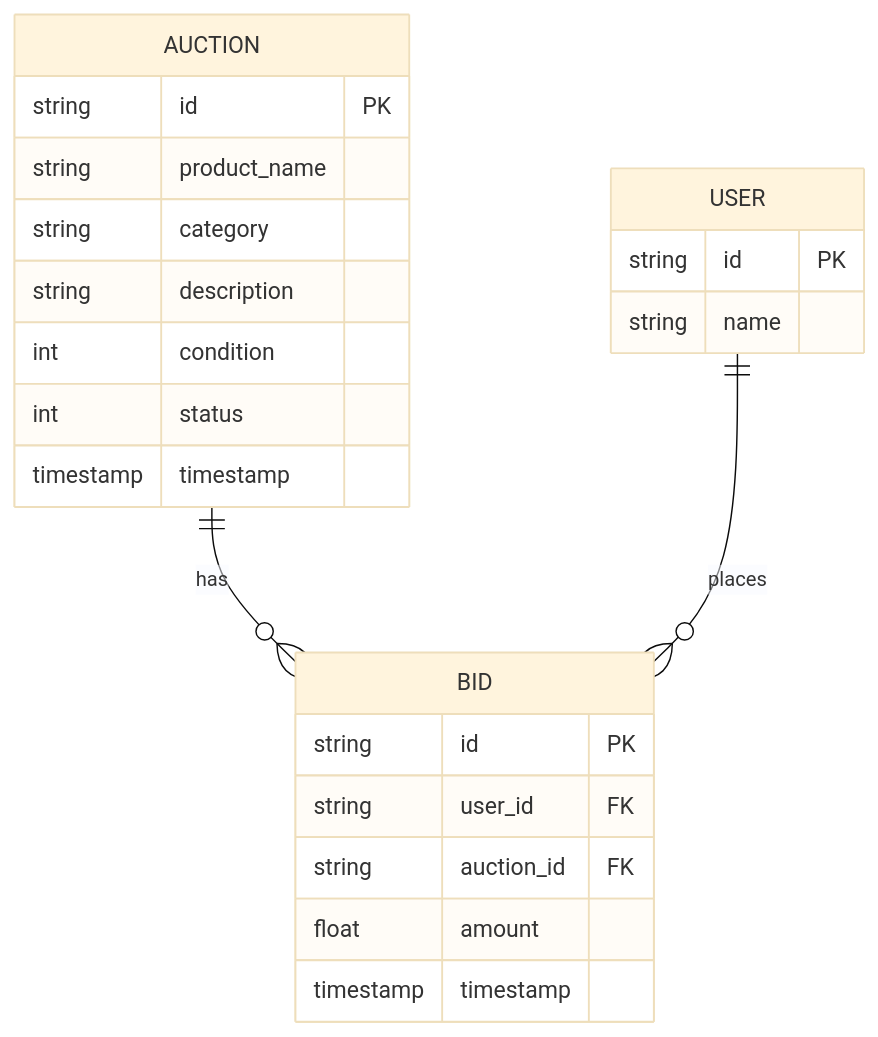
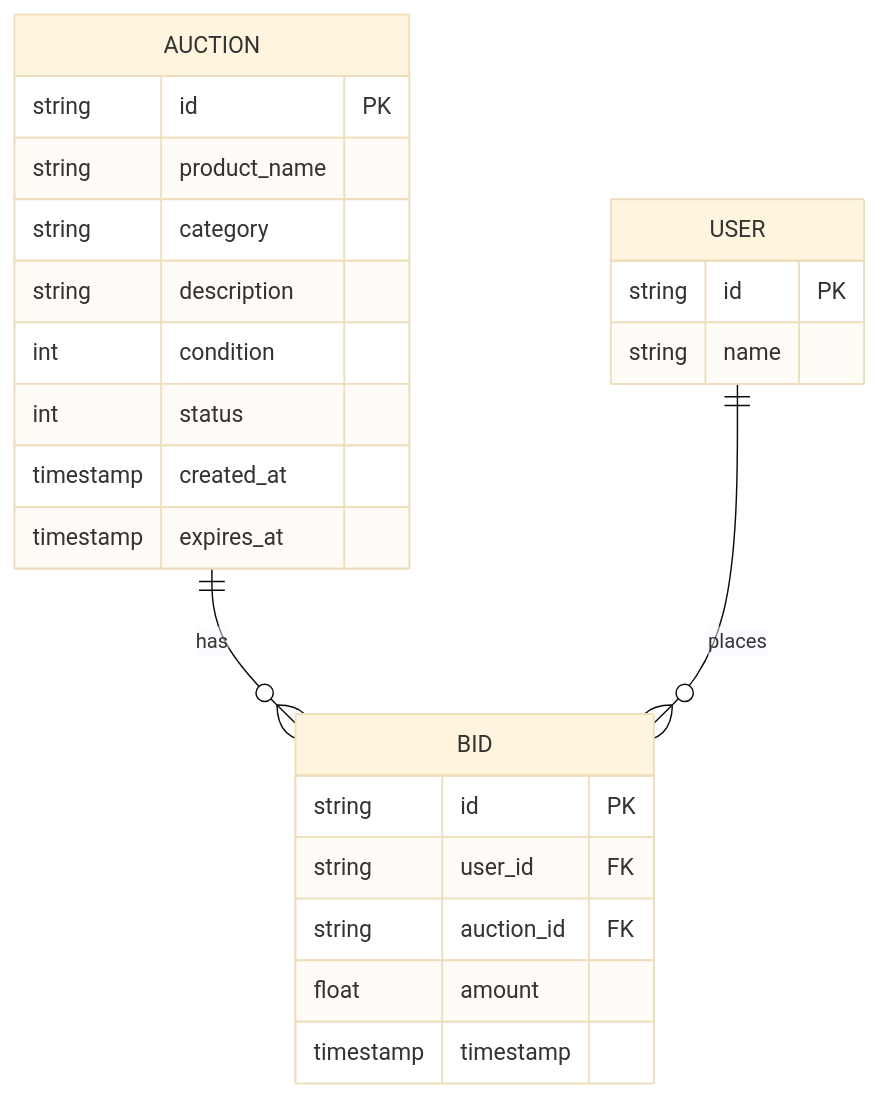
One commit to markuscandido/go-expert-desafio-concorrencia-com-golang-leilao changed the diagram in doc/ENTITIES.md. Above: the diagram before and after it, drawn with Mermaid (base theme). The commit also changed other lines of this file and 7 other files, not shown here.

````diff
--- a/doc/ENTITIES.md
+++ b/doc/ENTITIES.md
@@ -7,28 +7,29 @@
 ```mermaid
 erDiagram
     AUCTION ||--o{ BID : has
     USER ||--o{ BID : places
 
     AUCTION {
         string id PK
         string product_name
         string category
         string description
         int condition
         int status
-        timestamp timestamp
+        timestamp created_at
+        timestamp expires_at
     }
 
     BID {
         string id PK
         string user_id FK
         string auction_id FK
         float amount
         timestamp timestamp
     }
 
     USER {
         string id PK
         string name
     }
 ```
````
